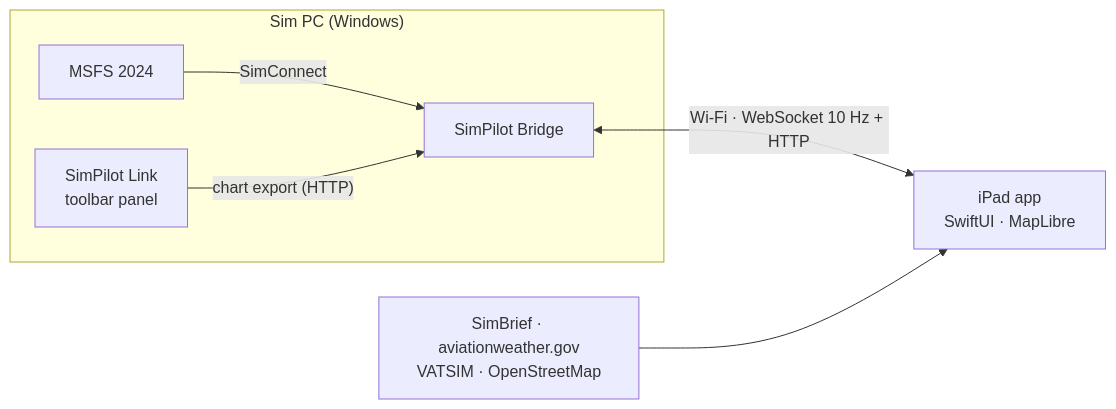
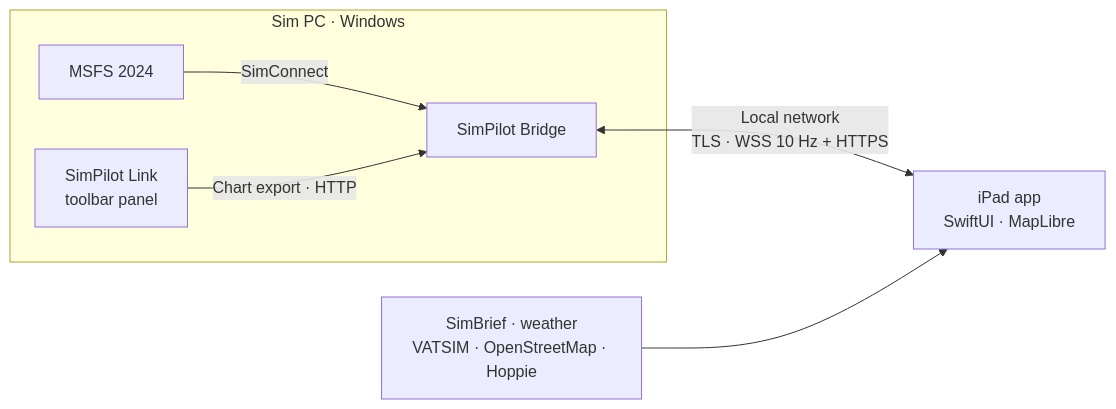
The diagram in README.md (footfungus2/simpilot-efb), drawn with Mermaid before and after one commit. The commit also changed other lines of this file and 58 other files, not shown here.

````diff
--- a/README.md
+++ b/README.md
@@ -240,13 +240,13 @@
 ```mermaid
 flowchart LR
-    subgraph PC["Sim PC (Windows)"]
+    subgraph PC["Sim PC · Windows"]
         MSFS["MSFS 2024"]
         Link["SimPilot Link<br/>toolbar panel"]
         Bridge["SimPilot Bridge"]
         MSFS -- SimConnect --> Bridge
-        Link -- "chart export (HTTP)" --> Bridge
+        Link -- "Chart export · HTTP" --> Bridge
     end
     iPad["iPad app<br/>SwiftUI · MapLibre"]
-    Bridge <-- "Wi-Fi · WebSocket 10 Hz + HTTP" --> iPad
-    Web["SimBrief · aviationweather.gov<br/>VATSIM · OpenStreetMap"] --> iPad
+    Bridge <-- "Local network<br/>TLS · WSS 10 Hz + HTTPS" --> iPad
+    Web["SimBrief · weather<br/>VATSIM · OpenStreetMap · Hoppie"] --> iPad
 ```
````
